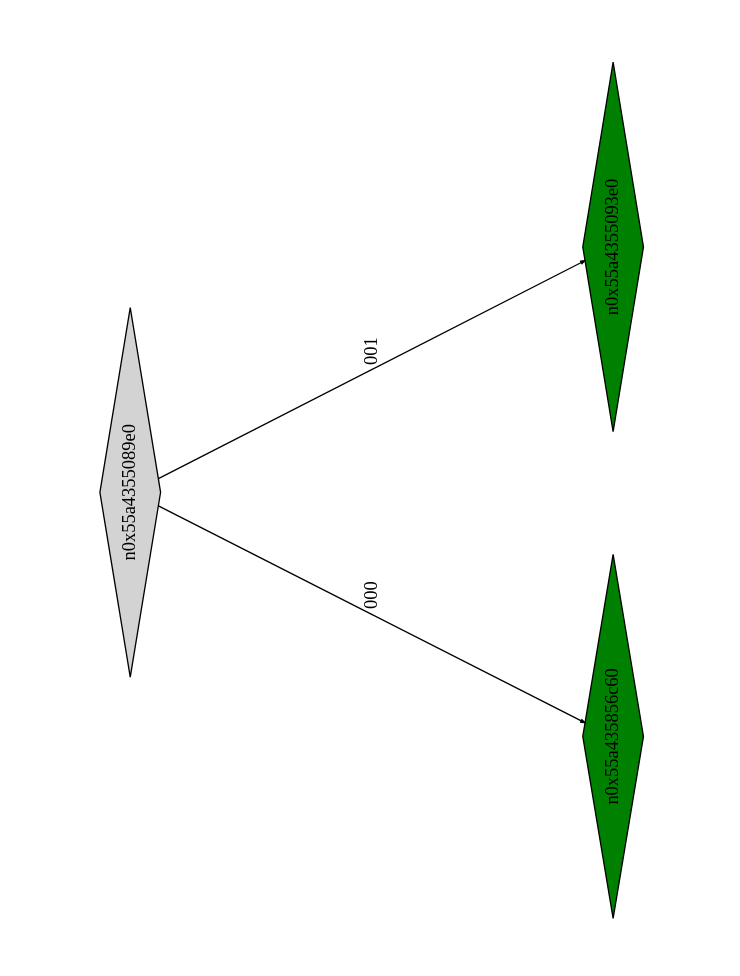
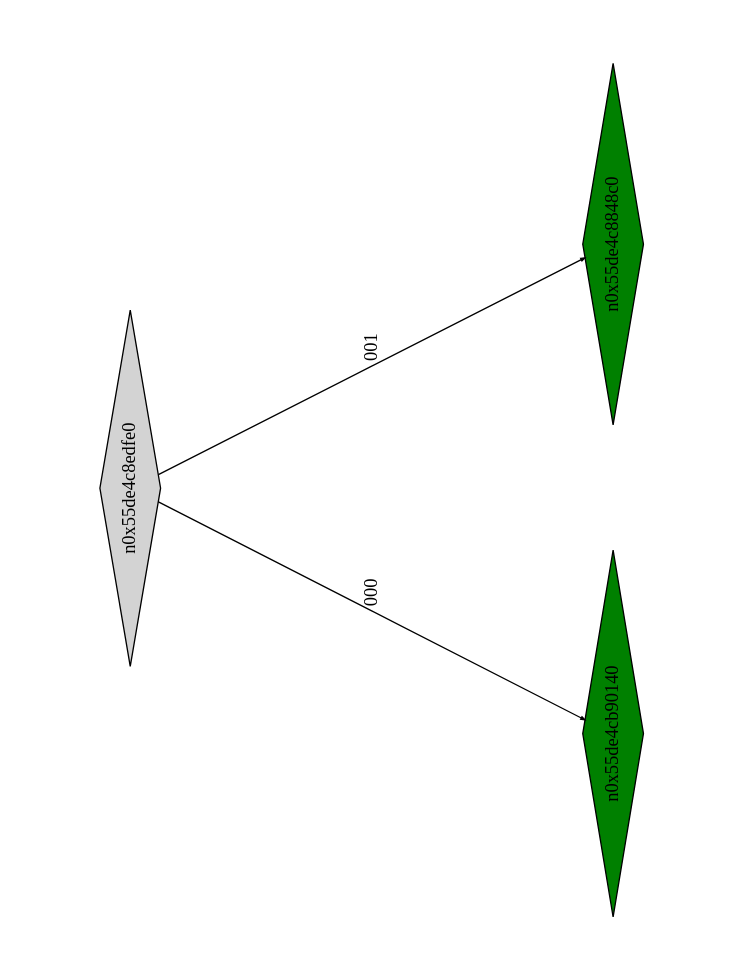
Before and after one commit to Research-Tools-PAVT/PSE-Program-Examples: the diagram in example4_klee_out/ptree_00000756.dot, drawn with Graphviz. The commit also changed 52 other files, not shown here.

```diff
--- a/example4_klee_out/ptree_00000756.dot
+++ b/example4_klee_out/ptree_00000756.dot
@@ -1,13 +1,13 @@
 digraph G {
 	size="10,7.5";
 	ratio=fill;
 	rotate=90;
 	center = "true";
 	node [style="filled",width=.1,height=.1,fontname="Terminus"]
 	edge [arrowsize=.3]
-	n0x55a4355089e0 [shape=diamond];
-	n0x55a4355089e0 -> n0x55a435856c60 [label=000];
-	n0x55a4355089e0 -> n0x55a4355093e0 [label=001];
-	n0x55a4355093e0 [shape=diamond,fillcolor=green];
-	n0x55a435856c60 [shape=diamond,fillcolor=green];
+	n0x55de4c8edfe0 [shape=diamond];
+	n0x55de4c8edfe0 -> n0x55de4cb90140 [label=000];
+	n0x55de4c8edfe0 -> n0x55de4c8848c0 [label=001];
+	n0x55de4c8848c0 [shape=diamond,fillcolor=green];
+	n0x55de4cb90140 [shape=diamond,fillcolor=green];
 }
```
